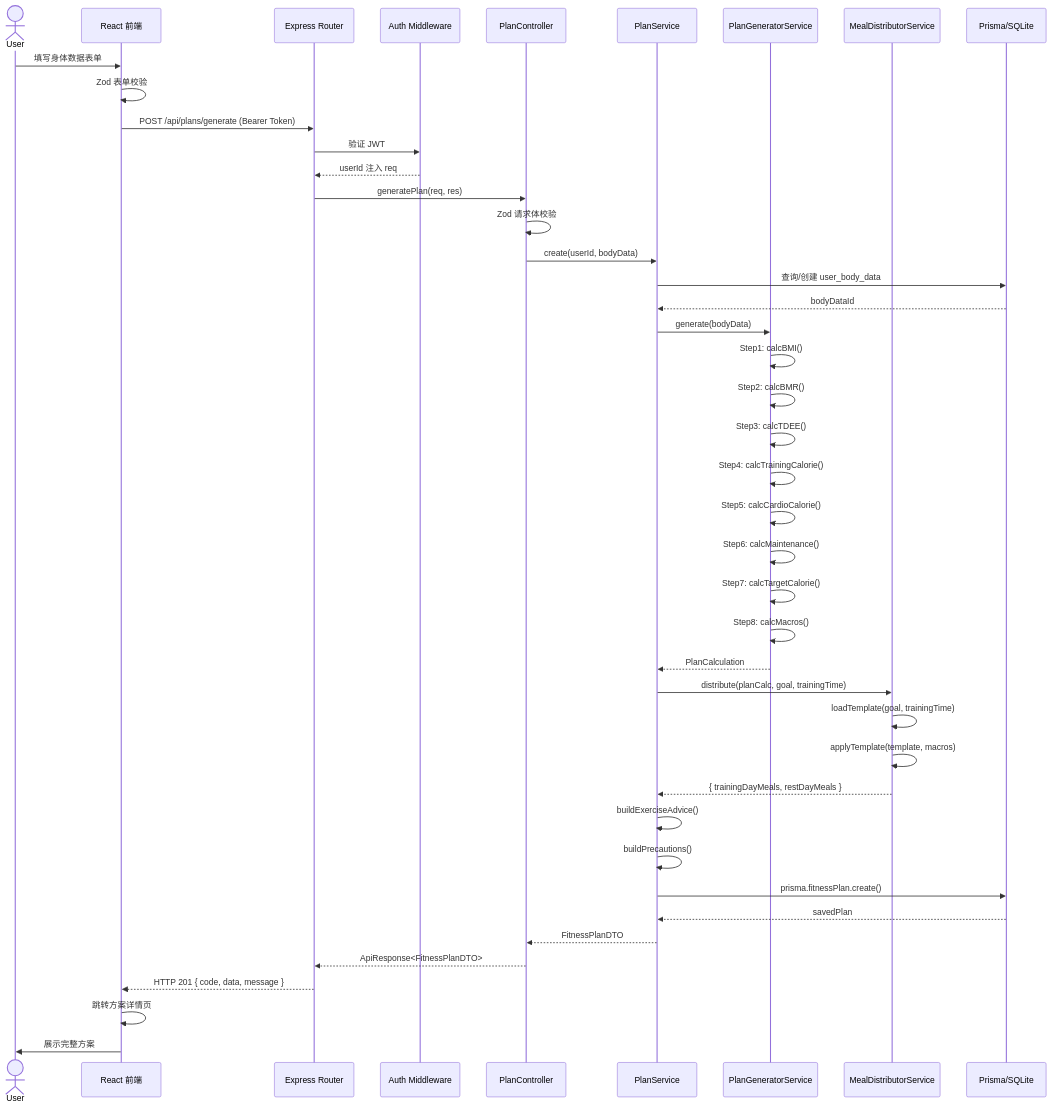
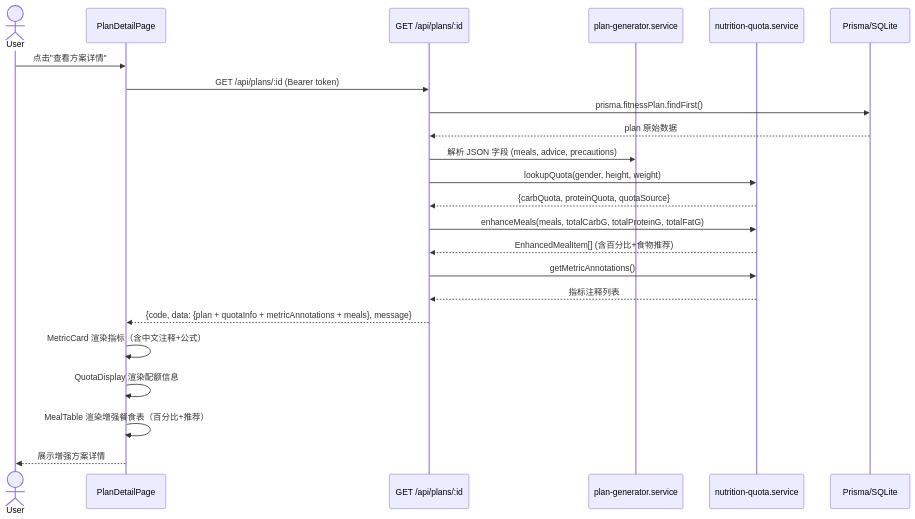
One commit to allen-kater/FitPlan changed the diagram in docs/sequence-diagram.mermaid. Above: the diagram before and after it, drawn with Mermaid. The commit also changed 68 other files, not shown here.

```diff
--- a/docs/sequence-diagram.mermaid
+++ b/docs/sequence-diagram.mermaid
@@ -1,50 +1,24 @@
 sequenceDiagram
     actor User
-    participant Frontend as React 前端
-    participant API as Express Router
-    participant AuthMW as Auth Middleware
-    participant PlanCtrl as PlanController
-    participant PlanSvc as PlanService
-    participant Generator as PlanGeneratorService
-    participant MealDist as MealDistributorService
+    participant Frontend as PlanDetailPage
+    participant API as GET /api/plans/:id
+    participant PlanSvc as plan-generator.service
+    participant QuotaSvc as nutrition-quota.service
     participant DB as Prisma/SQLite
 
-    User->>Frontend: 填写身体数据表单
-    Frontend->>Frontend: Zod 表单校验
-    Frontend->>API: POST /api/plans/generate (Bearer Token)
-    API->>AuthMW: 验证 JWT
-    AuthMW-->>API: userId 注入 req
-    API->>PlanCtrl: generatePlan(req, res)
-    PlanCtrl->>PlanCtrl: Zod 请求体校验
-    PlanCtrl->>PlanSvc: create(userId, bodyData)
-
-    PlanSvc->>DB: 查询/创建 user_body_data
-    DB-->>PlanSvc: bodyDataId
-
-    PlanSvc->>Generator: generate(bodyData)
-    Generator->>Generator: Step1: calcBMI()
-    Generator->>Generator: Step2: calcBMR()
-    Generator->>Generator: Step3: calcTDEE()
-    Generator->>Generator: Step4: calcTrainingCalorie()
-    Generator->>Generator: Step5: calcCardioCalorie()
-    Generator->>Generator: Step6: calcMaintenance()
-    Generator->>Generator: Step7: calcTargetCalorie()
-    Generator->>Generator: Step8: calcMacros()
-    Generator-->>PlanSvc: PlanCalculation
-
-    PlanSvc->>MealDist: distribute(planCalc, goal, trainingTime)
-    MealDist->>MealDist: loadTemplate(goal, trainingTime)
-    MealDist->>MealDist: applyTemplate(template, macros)
-    MealDist-->>PlanSvc: { trainingDayMeals, restDayMeals }
-
-    PlanSvc->>PlanSvc: buildExerciseAdvice()
-    PlanSvc->>PlanSvc: buildPrecautions()
-
-    PlanSvc->>DB: prisma.fitnessPlan.create()
-    DB-->>PlanSvc: savedPlan
-
-    PlanSvc-->>PlanCtrl: FitnessPlanDTO
-    PlanCtrl-->>API: ApiResponse<FitnessPlanDTO>
-    API-->>Frontend: HTTP 201 { code, data, message }
-    Frontend->>Frontend: 跳转方案详情页
-    Frontend->>User: 展示完整方案
+    User->>Frontend: 点击"查看方案详情"
+    Frontend->>API: GET /api/plans/:id (Bearer token)
+    API->>DB: prisma.fitnessPlan.findFirst()
+    DB-->>API: plan 原始数据
+    API->>PlanSvc: 解析 JSON 字段 (meals, advice, precautions)
+    API->>QuotaSvc: lookupQuota(gender, height, weight)
+    QuotaSvc-->>API: {carbQuota, proteinQuota, quotaSource}
+    API->>QuotaSvc: enhanceMeals(meals, totalCarbG, totalProteinG, totalFatG)
+    QuotaSvc-->>API: EnhancedMealItem[] (含百分比+食物推荐)
+    API->>QuotaSvc: getMetricAnnotations()
+    QuotaSvc-->>API: 指标注释列表
+    API-->>Frontend: {code, data: {plan + quotaInfo + metricAnnotations + meals}, message}
+    Frontend->>Frontend: MetricCard 渲染指标（含中文注释+公式）
+    Frontend->>Frontend: QuotaDisplay 渲染配额信息
+    Frontend->>Frontend: MealTable 渲染增强餐食表（百分比+推荐）
+    Frontend-->>User: 展示增强方案详情
```
